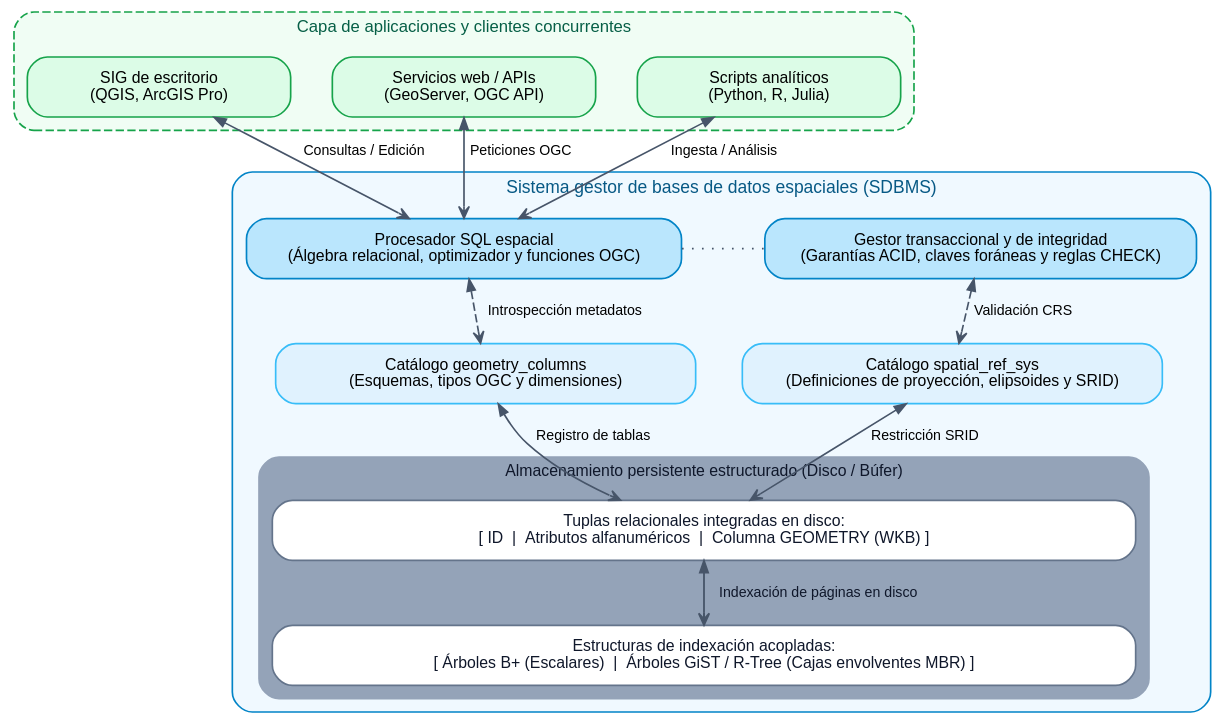
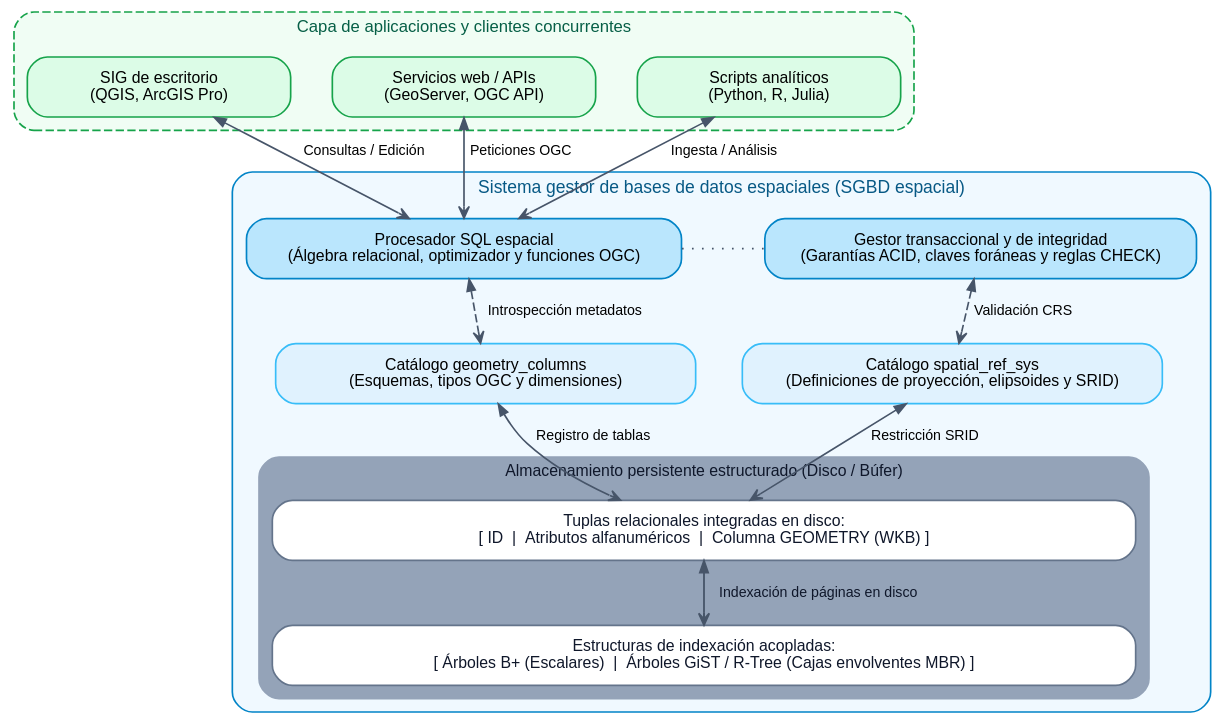
The first of 7 diagrams in chapters/20-arquitectura_y_estandares_ogc.qmd (Danesvv/BDE-nestor), drawn with Graphviz before and after one commit. The commit also changed other lines of this file and 85 other files, not shown here.

````diff
--- a/chapters/20-arquitectura_y_estandares_ogc.qmd
+++ b/chapters/20-arquitectura_y_estandares_ogc.qmd
@@ -127,82 +211,81 @@
 ```{dot}
 //| label: fig-integracion-geodb-dot
-//| fig-cap: "Centralización e integración de datos espaciales y alfanuméricos en un SDBMS."
+//| fig-cap: "Centralización e integración de datos espaciales y alfanuméricos en un SGBD espacial."
 //| fig-align: center
 //| fig-width: 6.5
 //| fig-height: 5
 //| out-width: 100%
 //| echo: false
 
 digraph G {
     graph [rankdir=TB, bgcolor="transparent", nodesep=0.35, ranksep=0.4, fontname="Helvetica"];
     node [shape=box, style="filled,rounded", fontname="Helvetica", fontsize=9.5, penwidth=1.0, margin="0.12,0.08"];
     edge [color="#475569", arrowhead=vee, arrowsize=0.7, fontname="Helvetica", fontsize=8.5];
 
     // Nivel 1: Clientes y Aplicaciones
     subgraph cluster_clients {
         label = "Capa de aplicaciones y clientes concurrentes";
         style = "dashed,rounded";
         color = "#16a34a";
         fontcolor = "#065f46";
         fontsize = 10;
         bgcolor = "#f0fdf4";
 
         c_desktop [label="SIG de escritorio\n(QGIS, ArcGIS Pro)", fillcolor="#dcfce7", color="#16a34a", width=2.2];
         c_web [label="Servicios web / APIs\n(GeoServer, OGC API)", fillcolor="#dcfce7", color="#16a34a", width=2.2];
         c_script [label="Scripts analíticos\n(Python, R, Julia)", fillcolor="#dcfce7", color="#16a34a", width=2.2];
 
         { rank=same; c_desktop; c_web; c_script; }
     }
 
-    // Nivel 2 a 4: Motor SDBMS Integrado
+    // Nivel 2 a 4: Motor SGBD Espacial Integrado
     subgraph cluster_sdbms {
-        label = "Sistema gestor de bases de datos espaciales (SDBMS)";
+        label = "Sistema gestor de bases de datos espaciales (SGBD espacial)";
         style = "solid,rounded";
         color = "#0284c7";
         fontcolor = "#075985";
         fontsize = 10.5;
         bgcolor = "#f0f9ff";
 
         // Nivel 2: Procesamiento y Control
         sql_engine [label="Procesador SQL espacial\n(Álgebra relacional, optimizador y funciones OGC)", fillcolor="#bae6fd", color="#0284c7", width=3.5];
         tx_integrity [label="Gestor transaccional y de integridad\n(Garantías ACID, claves foráneas y reglas CHECK)", fillcolor="#bae6fd", color="#0284c7", width=3.5];
 
         { rank=same; sql_engine; tx_integrity; }
 
         // Nivel 3: Catálogos de Metadatos
         cat_geo [label="Catálogo geometry_columns\n(Esquemas, tipos OGC y dimensiones)", fillcolor="#e0f2fe", color="#38bdf8", width=3.5];
         cat_srid [label="Catálogo spatial_ref_sys\n(Definiciones de proyección, elipsoides y SRID)", fillcolor="#e0f2fe", color="#38bdf8", width=3.5];
 
         { rank=same; cat_geo; cat_srid; }
 
         // Nivel 4: Almacenamiento Persistente en Disco
         subgraph cluster_storage {
             label = "Almacenamiento persistente estructurado (Disco / Búfer)";
             style = "filled,rounded";
             color = "#94a3b8";
             fontcolor = "#0f172a";
             fontsize = 9.5;
             bgcolor = "#f8fafc";
 
             tuples [label="Tuplas relacionales integradas en disco:\n[ ID  |  Atributos alfanuméricos  |  Columna GEOMETRY (WKB) ]", fillcolor="#ffffff", color="#64748b", fontcolor="#0f172a", width=7.2];
             indexes [label="Estructuras de indexación acopladas:\n[ Árboles B+ (Escalares)  |  Árboles GiST / R-Tree (Cajas envolventes MBR) ]", fillcolor="#ffffff", color="#64748b", fontcolor="#0f172a", width=7.2];
         }
     }
 
     // Flujos verticales entre niveles
     c_desktop -> sql_engine [dir=both, label=" Consultas / Edición"];
     c_web -> sql_engine [dir=both, label=" Peticiones OGC"];
     c_script -> sql_engine [dir=both, label=" Ingesta / Análisis"];
 
     sql_engine -> tx_integrity [dir=both, style=dotted, arrowhead=none, arrowtail=none];
 
     sql_engine -> cat_geo [dir=both, style=dashed, label=" Introspección metadatos"];
     tx_integrity -> cat_srid [dir=both, style=dashed, label=" Validación CRS"];
 
     cat_geo -> tuples [dir=both, label=" Registro de tablas"];
     cat_srid -> tuples [dir=both, label=" Restricción SRID"];
 
     tuples -> indexes [dir=both, label=" Indexación de páginas en disco", penwidth=1.1, fontcolor="#0f172a"];
 }
-
 ```
````
